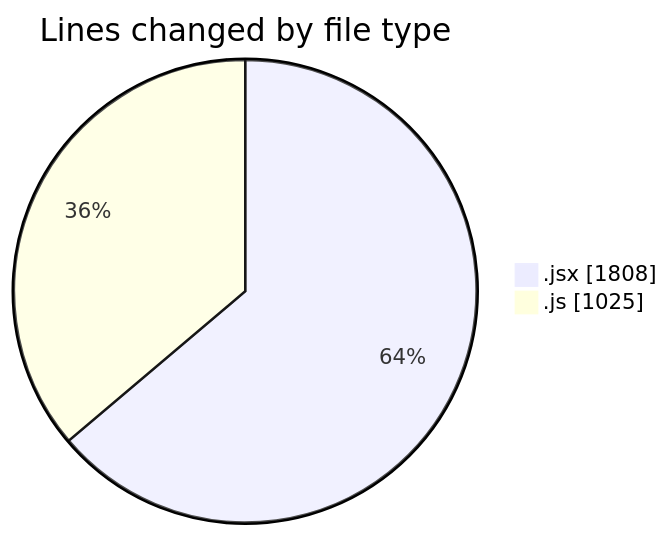
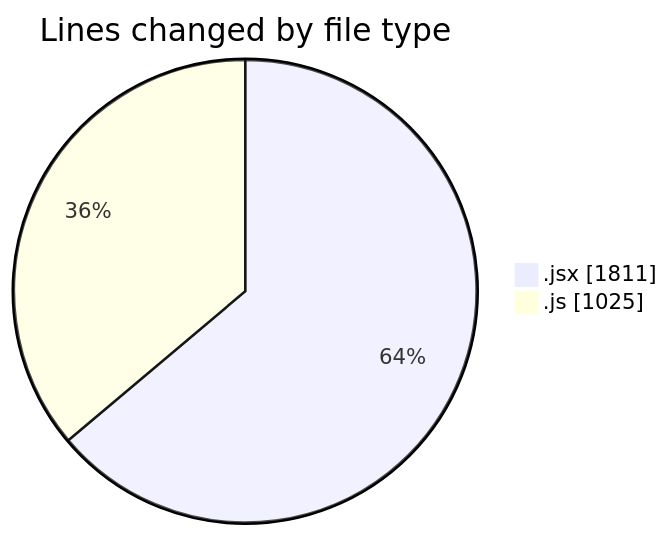
The first of 2 diagrams in 2025-08-04/nxtqube_webapp/README.md (nxtqubesakshisongat/code-tracking), drawn with Mermaid before and after one commit. The commit also changed other lines of this file and 1 other file, not shown here.

````diff
--- a/2025-08-04/nxtqube_webapp/README.md
+++ b/2025-08-04/nxtqube_webapp/README.md
@@ -25,6 +25,6 @@
 ```mermaid
 pie showData
 title Lines changed by file type
-".jsx" : 1808
+".jsx" : 1811
 ".js" : 1025
 ```
````
